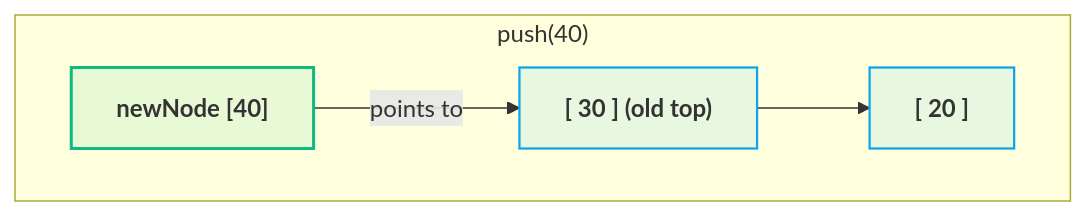
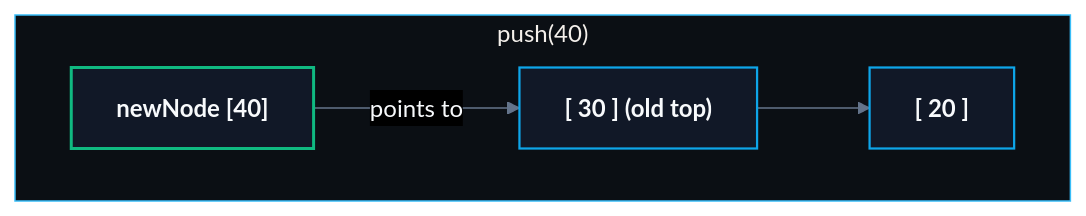
One commit to abhinavbharti2345/CS_Notes changed the fourth of 5 diagrams in CS/DSA/06. Stacks & Queues/02. Stack Implementation from Scratch.md. Above: the diagram before and after it, drawn with Mermaid. The commit also changed other lines of this file and 195 other files, not shown here.

````diff
--- a/CS/DSA/06. Stacks & Queues/02. Stack Implementation from Scratch.md
+++ b/CS/DSA/06. Stacks & Queues/02. Stack Implementation from Scratch.md
@@ -196,13 +199,14 @@
 ```mermaid
+%%{init: {'theme': 'base', 'themeVariables': { 'darkMode': true, 'background': '#0B0F14', 'mainBkg': '#111827', 'primaryColor': '#111827', 'primaryTextColor': '#F8FAFC', 'primaryBorderColor': '#38BDF8', 'lineColor': '#64748B', 'secondaryColor': '#0B0F14', 'tertiaryColor': '#0B0F14', 'clusterBkg': '#0B0F14', 'clusterBorder': '#38BDF8' }}}%%
 flowchart LR
     subgraph PushTrace ["push(40)"]
         direction LR
         NN["<b>newNode [40]</b>"] -->|points to| OldTop["<b>[ 30 ] (old top)</b>"]
         OldTop --> NextNode["<b>[ 20 ]</b>"]
     end
 
-    classDef newN fill:#10b98118,stroke:#10b981,stroke-width:2px;
-    classDef oldN fill:#0ea5e918,stroke:#0ea5e9,stroke-width:1.5px;
+    classDef newN fill:#111827,stroke:#10b981,stroke-width:2px,color:#F8FAFC;
+    classDef oldN fill:#111827,stroke:#0ea5e9,stroke-width:1.5px,color:#F8FAFC;
     class NN newN;
     class OldTop,NextNode oldN;
 ```
````
